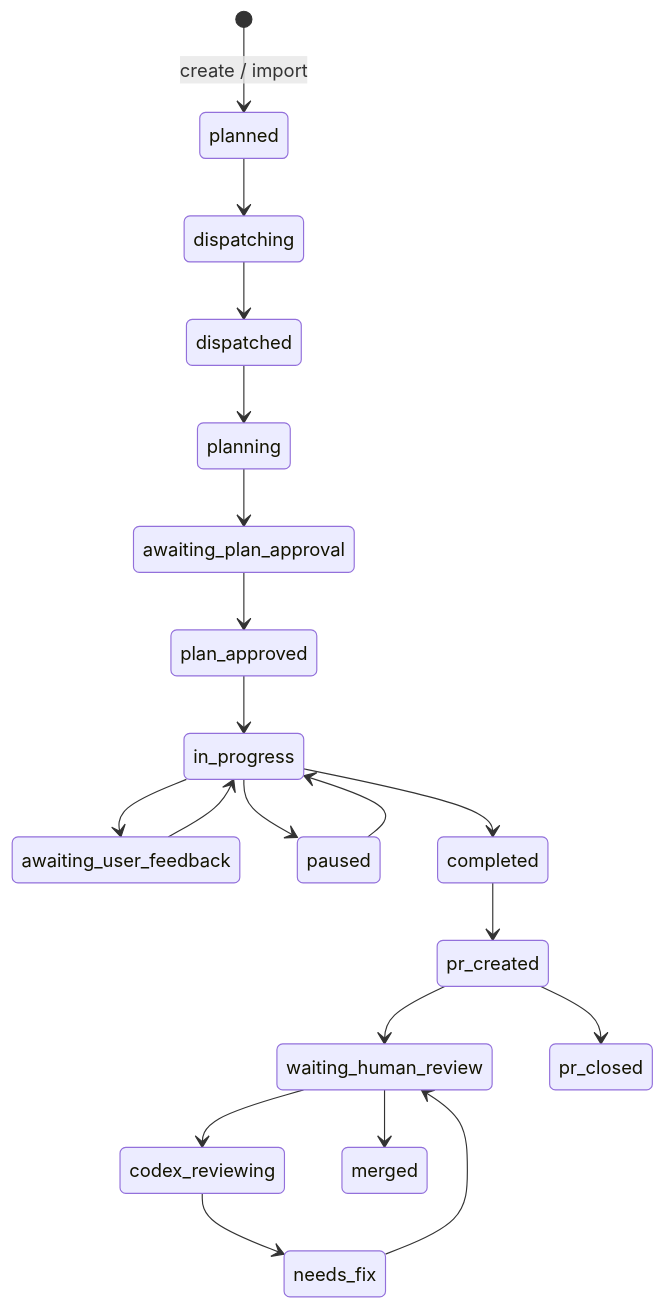
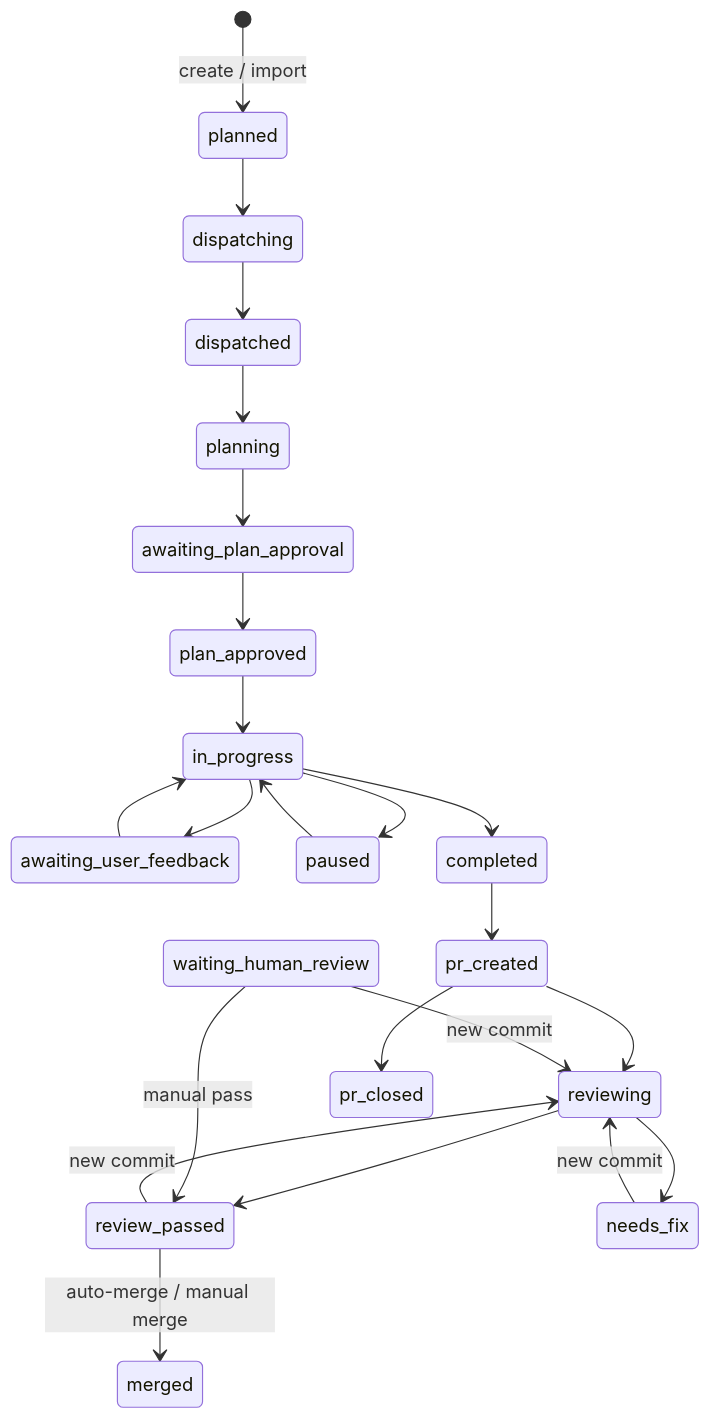
One commit to shipwebdotjp/jules-agent-orchestra changed the second of 2 diagrams in README.md. Above: the diagram before and after it, drawn with Mermaid. The commit also changed other lines of this file and 12 other files, not shown here.

````diff
--- a/README.md
+++ b/README.md
@@ -119,22 +120,25 @@
 ```mermaid
 stateDiagram-v2
     [*] --> planned: create / import
     planned --> dispatching
     dispatching --> dispatched
     dispatched --> planning
     planning --> awaiting_plan_approval
     awaiting_plan_approval --> plan_approved
     plan_approved --> in_progress
     in_progress --> awaiting_user_feedback
     awaiting_user_feedback --> in_progress
     in_progress --> paused
     paused --> in_progress
     in_progress --> completed
     completed --> pr_created
-    pr_created --> waiting_human_review
-    waiting_human_review --> codex_reviewing
-    codex_reviewing --> needs_fix
-    needs_fix --> waiting_human_review
-    waiting_human_review --> merged
+    pr_created --> reviewing
+    reviewing --> review_passed
+    reviewing --> needs_fix
+    needs_fix --> reviewing: new commit
+    review_passed --> merged: auto-merge / manual merge
+    review_passed --> reviewing: new commit
+    waiting_human_review --> review_passed: manual pass
+    waiting_human_review --> reviewing: new commit
     pr_created --> pr_closed
 ```
````
